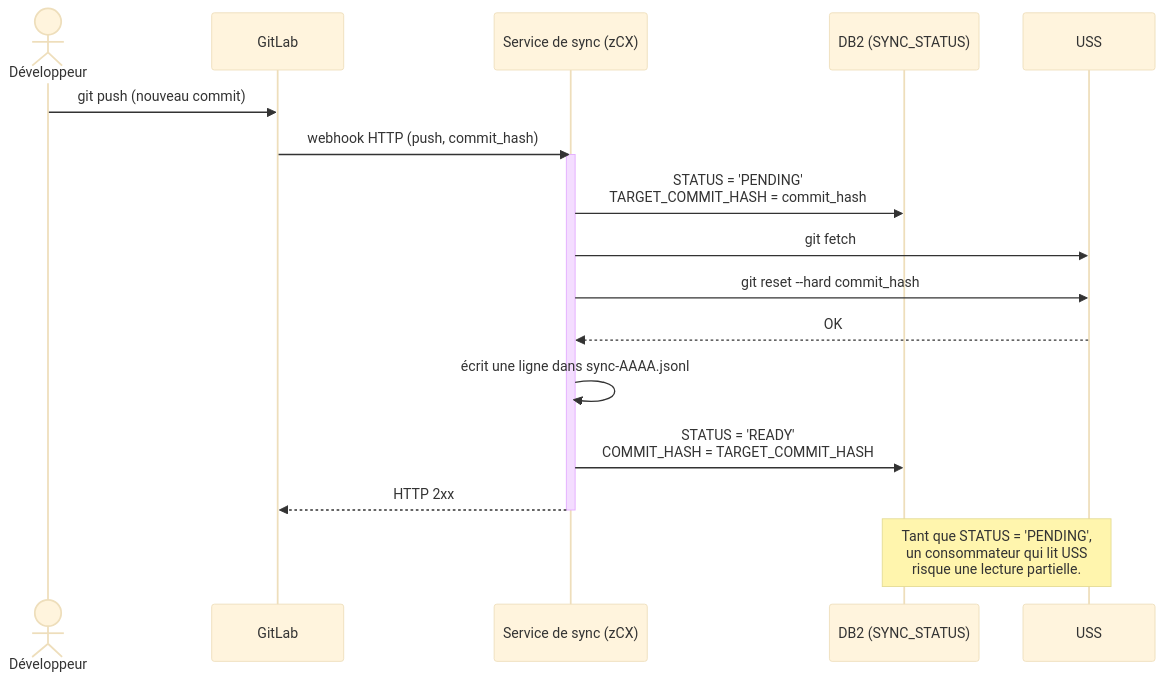
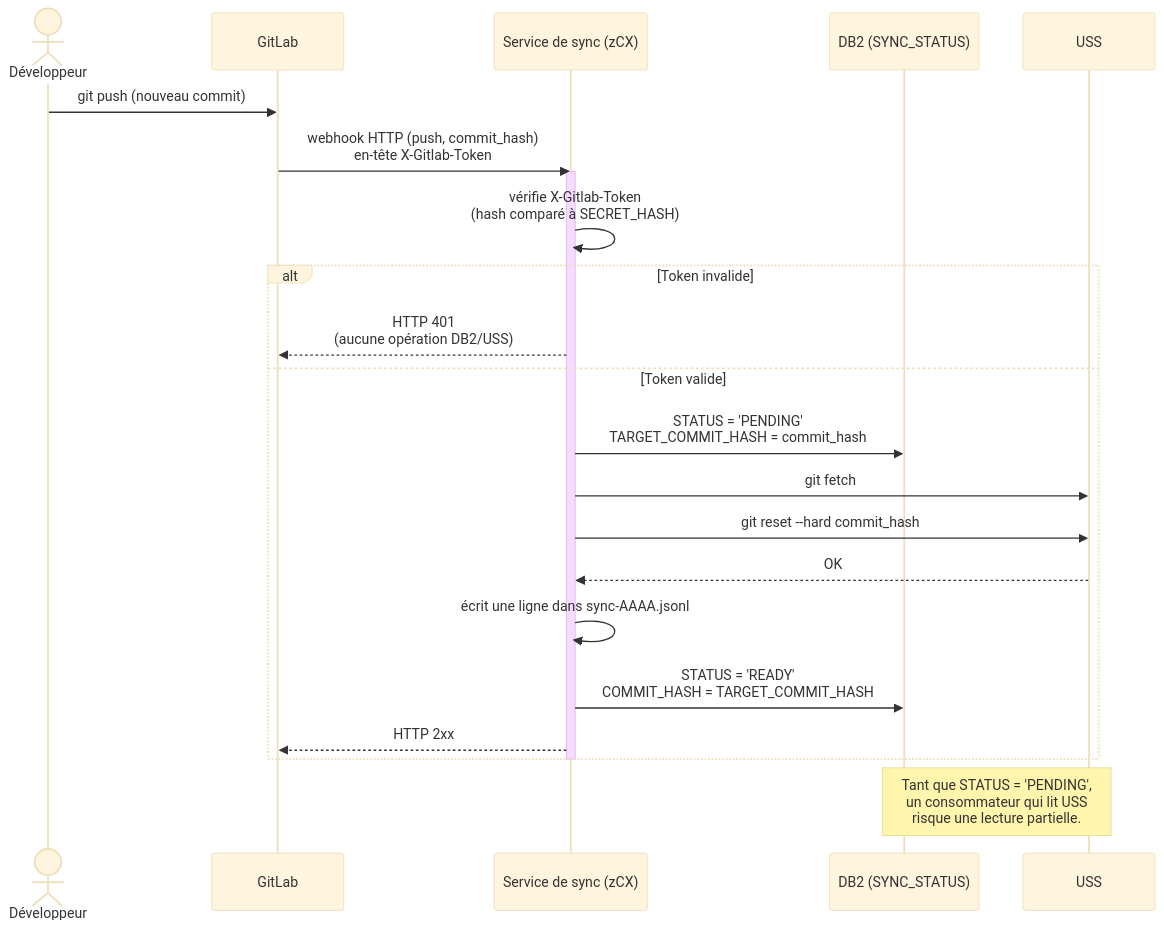
Before and after one commit to namnetes/openz_uss-mirror: the second of 2 diagrams in docs/architecture/resilience/service-synchronisation.md, drawn with Mermaid. The commit also changed other lines of this file and 2 other files, not shown here.

First line of the commit message:
docs: correctif urgence mode degrade, retention/purge objets git, recadrage perimetre archivage

````diff
--- a/docs/architecture/resilience/service-synchronisation.md
+++ b/docs/architecture/resilience/service-synchronisation.md
@@ -104,23 +139,28 @@
 ```mermaid
 %%{init: {"theme": "base", "themeVariables": {"background": "#ffffff"}}}%%
 sequenceDiagram
     actor Dev as Développeur
     participant GitLab
     participant SyncSvc as Service de sync (zCX)
     participant DB2 as DB2 (SYNC_STATUS)
     participant USS
 
     Dev->>GitLab: git push (nouveau commit)
-    GitLab->>SyncSvc: webhook HTTP (push, commit_hash)
+    GitLab->>SyncSvc: webhook HTTP (push, commit_hash)<br/>en-tête X-Gitlab-Token
     activate SyncSvc
-    SyncSvc->>DB2: STATUS = 'PENDING'<br/>TARGET_COMMIT_HASH = commit_hash
-    SyncSvc->>USS: git fetch
-    SyncSvc->>USS: git reset --hard commit_hash
-    USS-->>SyncSvc: OK
-    SyncSvc->>SyncSvc: écrit une ligne dans sync-AAAA.jsonl
-    SyncSvc->>DB2: STATUS = 'READY'<br/>COMMIT_HASH = TARGET_COMMIT_HASH
-    SyncSvc-->>GitLab: HTTP 2xx
+    SyncSvc->>SyncSvc: vérifie X-Gitlab-Token<br/>(hash comparé à SECRET_HASH)
+    alt Token invalide
+        SyncSvc-->>GitLab: HTTP 401<br/>(aucune opération DB2/USS)
+    else Token valide
+        SyncSvc->>DB2: STATUS = 'PENDING'<br/>TARGET_COMMIT_HASH = commit_hash
+        SyncSvc->>USS: git fetch
+        SyncSvc->>USS: git reset --hard commit_hash
+        USS-->>SyncSvc: OK
+        SyncSvc->>SyncSvc: écrit une ligne dans sync-AAAA.jsonl
+        SyncSvc->>DB2: STATUS = 'READY'<br/>COMMIT_HASH = TARGET_COMMIT_HASH
+        SyncSvc-->>GitLab: HTTP 2xx
+    end
     deactivate SyncSvc
 
     Note over DB2,USS: Tant que STATUS = 'PENDING',<br/>un consommateur qui lit USS<br/>risque une lecture partielle.
 ```
````
